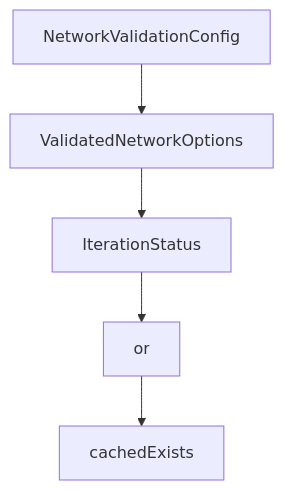
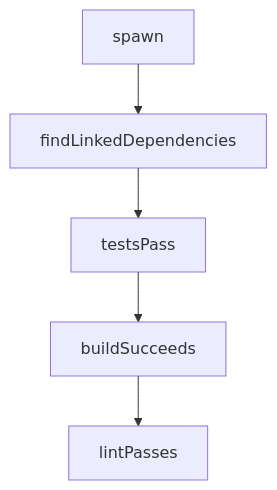
Before and after one commit to johnxie/awesome-code-docs: the diagram in tutorials/mastra-tutorial/03-agents-and-tools.md, drawn with Mermaid. The commit also changed other lines of this file and 1232 other files, not shown here.

````diff
--- a/tutorials/mastra-tutorial/03-agents-and-tools.md
+++ b/tutorials/mastra-tutorial/03-agents-and-tools.md
@@ -214,12 +210,12 @@
 ```mermaid
 flowchart TD
-    A[NetworkValidationConfig]
-    B[ValidatedNetworkOptions]
-    C[IterationStatus]
-    D[or]
-    E[cachedExists]
+    A[spawn]
+    B[findLinkedDependencies]
+    C[testsPass]
+    D[buildSucceeds]
+    E[lintPasses]
     A --> B
     B --> C
     C --> D
     D --> E
 ```
````
